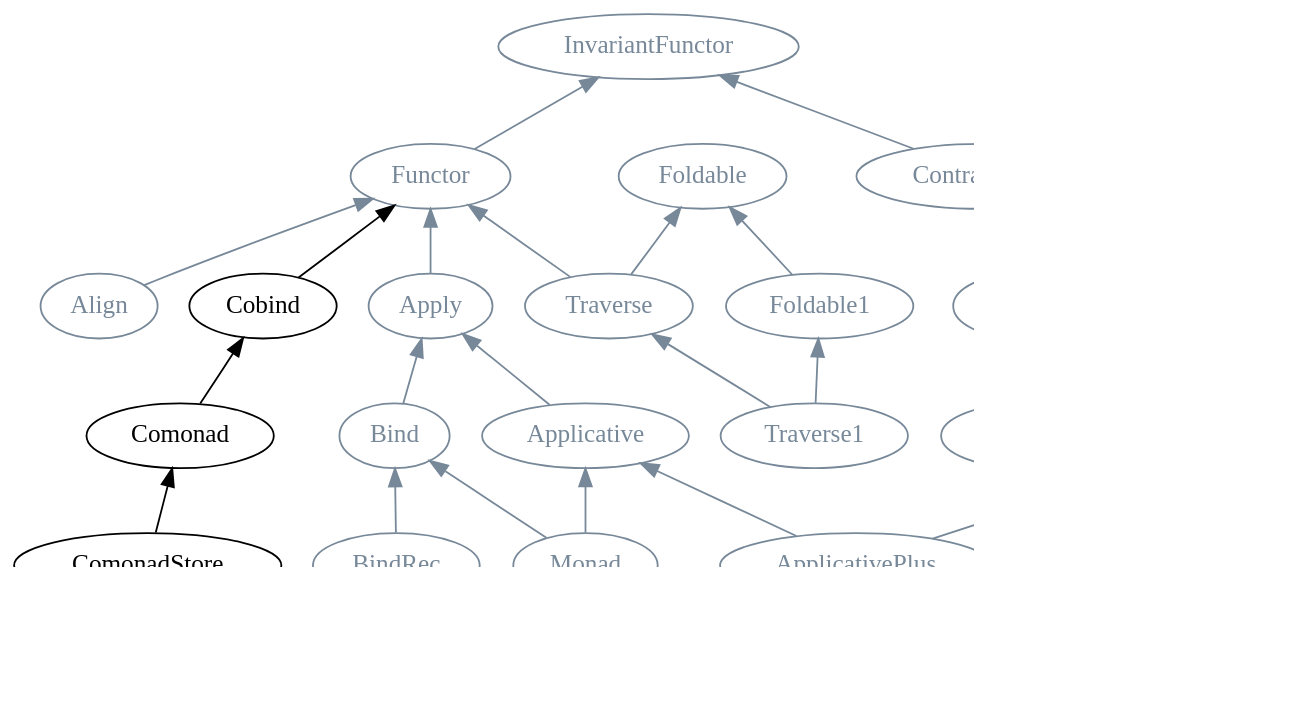
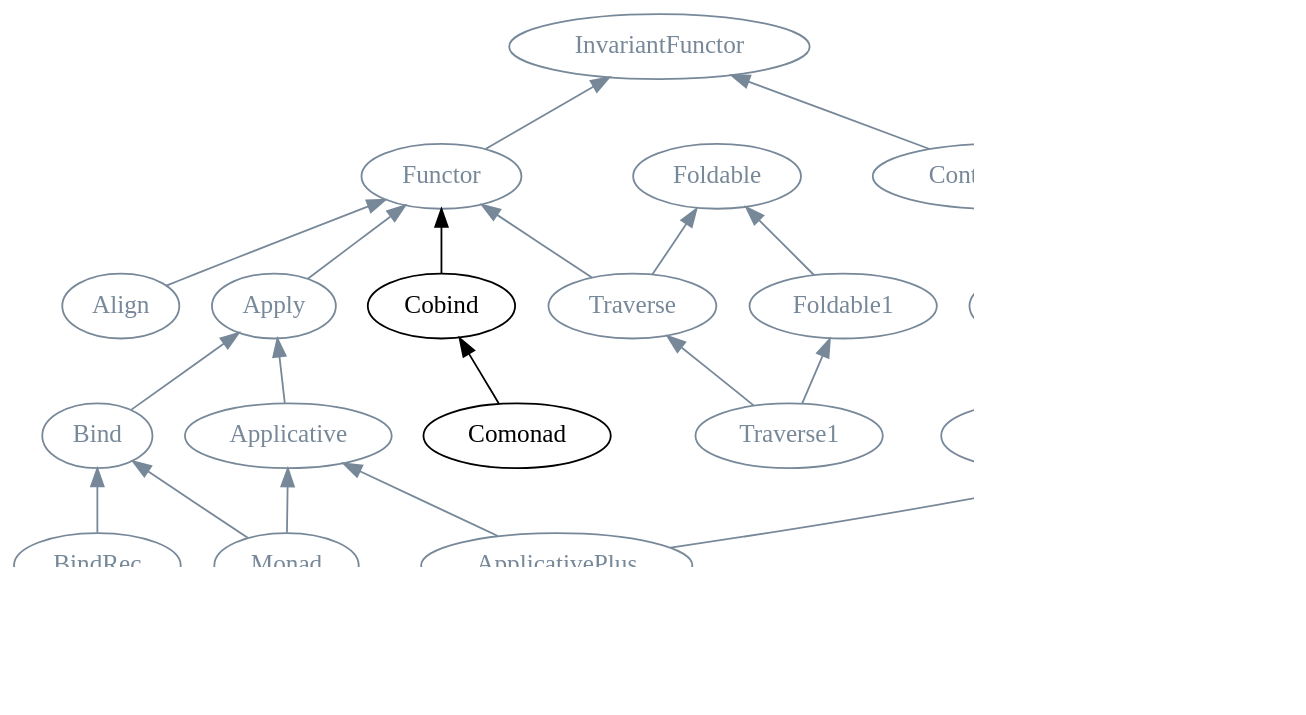
One commit to fommil/fpmortals changed diagram 14 of 17 in manuscript/book.org. Above: the diagram before and after it, drawn with Graphviz. The commit also changed other lines of this file and 1 other file, not shown here.

Commit message:
remove ComonadStore

```diff
--- a/manuscript/book.org
+++ b/manuscript/book.org
@@ -5510,71 +5490,68 @@
 #+BEGIN_SRC dot :file images/scalaz-cothings.png :exports results
 digraph G {
     graph [dpi=100, rankdir=BT];
     node [fontname=Hack];
     node [fontcolor=lightgray,color=lightgray];
     edge [color=lightgray]
 
     Bind [fontcolor=lightslategray,color=lightslategray];
     Apply [fontcolor=lightslategray,color=lightslategray];
     BindRec [fontcolor=lightslategray,color=lightslategray];
     Contravariant [fontcolor=lightslategray,color=lightslategray];
     Functor [fontcolor=lightslategray,color=lightslategray];
     InvariantFunctor [fontcolor=lightslategray,color=lightslategray];
     Functor [fontcolor=lightslategray,color=lightslategray];
     Divide [fontcolor=lightslategray,color=lightslategray];
     Divisible [fontcolor=lightslategray,color=lightslategray];
     Apply [fontcolor=lightslategray,color=lightslategray];
     Applicative [fontcolor=lightslategray,color=lightslategray];
     Foldable1 [fontcolor=lightslategray,color=lightslategray];
     Foldable [fontcolor=lightslategray,color=lightslategray];
     Traverse [fontcolor=lightslategray,color=lightslategray];
     Traverse1 [fontcolor=lightslategray,color=lightslategray];
     Monad [fontcolor=lightslategray,color=lightslategray];
     "Advanced Monads" [style=dashed];
     Cobind [fontcolor=black,color=black];
     Comonad [fontcolor=black,color=black];
     Plus [fontcolor=lightslategray,color=lightslategray];
     PlusEmpty [fontcolor=lightslategray,color=lightslategray];
     IsEmpty [fontcolor=lightslategray,color=lightslategray];
     ApplicativePlus [fontcolor=lightslategray,color=lightslategray];
     MonadPlus [fontcolor=lightslategray,color=lightslategray];
-    ComonadStore [fontcolor=black,color=black];
     Align [fontcolor=lightslategray,color=lightslategray];
 
     Bind -> Apply [color=lightslategray];
     BindRec -> Bind [color=lightslategray];
 
     Contravariant -> InvariantFunctor [color=lightslategray];
     Functor -> InvariantFunctor [color=lightslategray];
 
     Divide -> Contravariant [color=lightslategray];
     Divisible -> Divide [color=lightslategray];
     Apply -> Functor [color=lightslategray];
     Applicative -> Apply [color=lightslategray];
 
     Foldable1 -> Foldable [color=lightslategray];
     Traverse -> Functor [color=lightslategray];
     Traverse -> Foldable [color=lightslategray];
     Traverse1 -> Traverse [color=lightslategray];
     Traverse1 -> Foldable1 [color=lightslategray];
 
     Monad -> Applicative [color=lightslategray];
     "Advanced Monads" -> Monad;
     Monad -> Bind [color=lightslategray];
  
     Cobind -> Functor [color=black];
     Comonad -> Cobind [color=black];
 
     PlusEmpty -> Plus [color=lightslategray];
     IsEmpty -> PlusEmpty [color=lightslategray];
 
     ApplicativePlus -> Applicative [color=lightslategray];
     ApplicativePlus -> PlusEmpty [color=lightslategray];
     MonadPlus -> ApplicativePlus [color=lightslategray];
     MonadPlus -> Monad [color=lightslategray];
 
-    ComonadStore -> Comonad [color=black];
-
     Align -> Functor [color=lightslategray];
 }
 #+END_SRC
```
